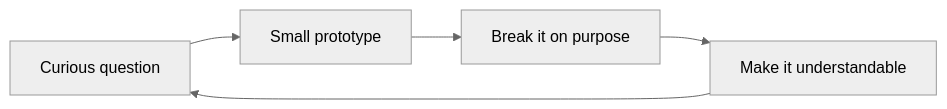
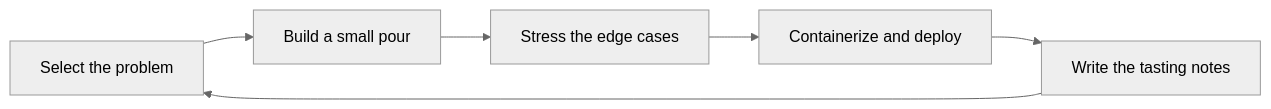
One commit to Ying-IROHA/Ying-IROHA changed the diagram in README.md. Above: the diagram before and after it, drawn with Mermaid (neutral theme). The commit also changed other lines of this file and 1 other file, not shown here.

````diff
--- a/README.md
+++ b/README.md
@@ -36,7 +75,8 @@
 ```mermaid
 flowchart LR
-    A["Curious question"] --> B["Small prototype"]
-    B --> C["Break it on purpose"]
-    C --> D["Make it understandable"]
-    D --> A
+    A["Select the problem"] --> B["Build a small pour"]
+    B --> C["Stress the edge cases"]
+    C --> D["Containerize and deploy"]
+    D --> E["Write the tasting notes"]
+    E --> A
 ```
````
